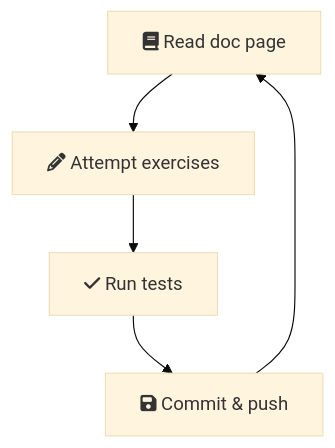
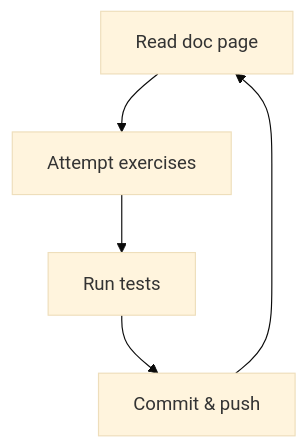
The diagram in README.md (corndel-swe/photoship-nimonian), drawn with Mermaid (base theme) before and after one commit.

Commit message:
Update README.md
Github doesn't do font awesome

````diff
--- a/README.md
+++ b/README.md
@@ -52,12 +52,12 @@
 ```mermaid
 flowchart TD
-    A[fa:fa-book Read doc page]
-    B[fa:fa-pencil Attempt exercises]
-    C[fa:fa-check Run tests]
-    D[fa:fa-save Commit & push]
+    A[Read doc page]
+    B[Attempt exercises]
+    C[Run tests]
+    D[Commit & push]
 
     A --> B
     B --> C
     C --> D
     D --> A
 ```
````
